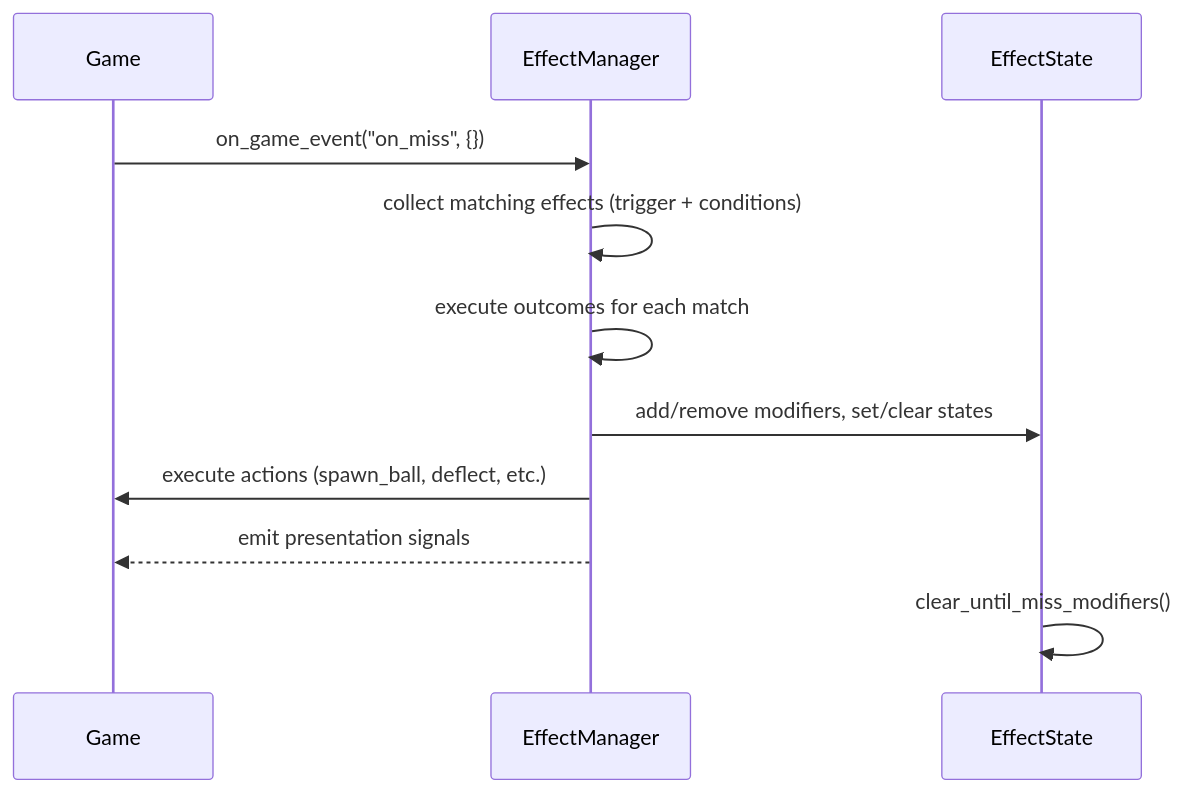
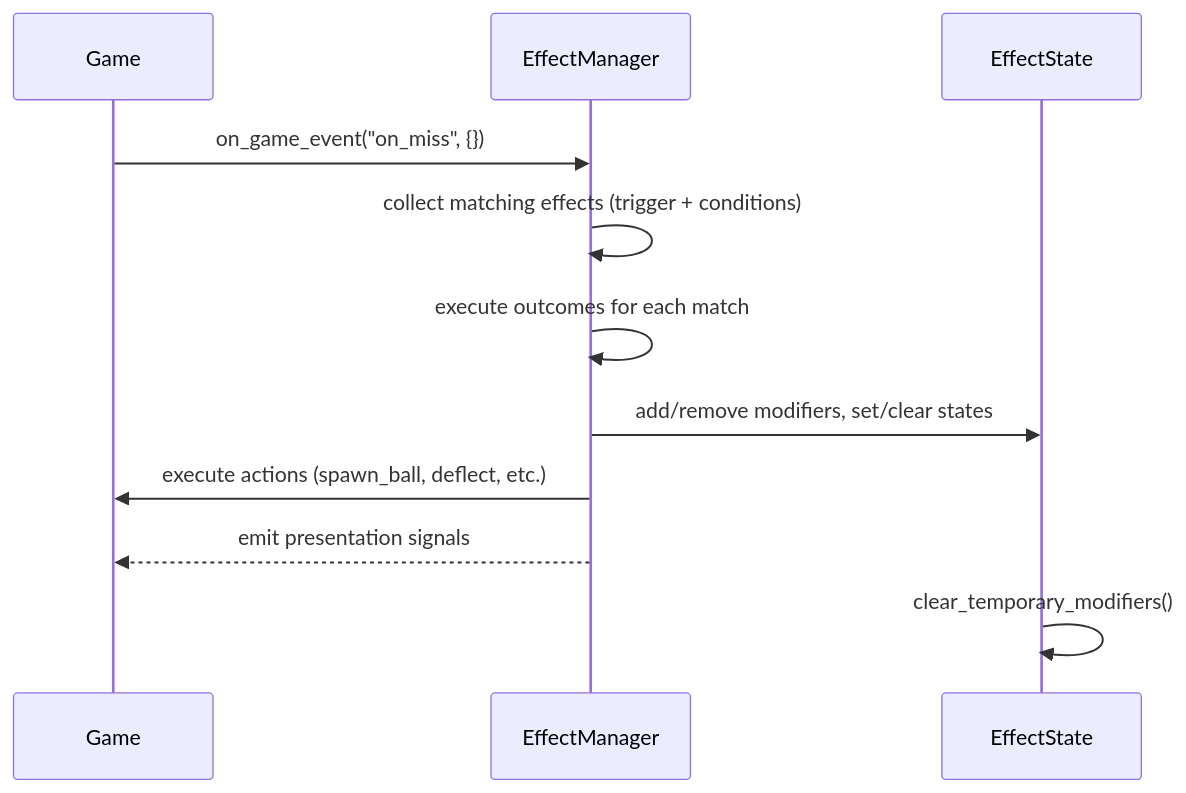
Before and after one commit to shuck-dev/volley: the second of 10 diagrams in designs/01-prototype/04-effect-system.md, drawn with Mermaid. The commit also changed other lines of this file, not shown here.

````diff
--- a/designs/01-prototype/04-effect-system.md
+++ b/designs/01-prototype/04-effect-system.md
@@ -221,14 +237,14 @@
 ```mermaid
 sequenceDiagram
     participant Game
     participant EffectManager
     participant EffectState
 
     Game->>EffectManager: on_game_event("on_miss", {})
     EffectManager->>EffectManager: collect matching effects (trigger + conditions)
     EffectManager->>EffectManager: execute outcomes for each match
     EffectManager->>EffectState: add/remove modifiers, set/clear states
     EffectManager->>Game: execute actions (spawn_ball, deflect, etc.)
     EffectManager-->>Game: emit presentation signals
-    EffectState->>EffectState: clear_until_miss_modifiers()
+    EffectState->>EffectState: clear_temporary_modifiers()
 ```
````
